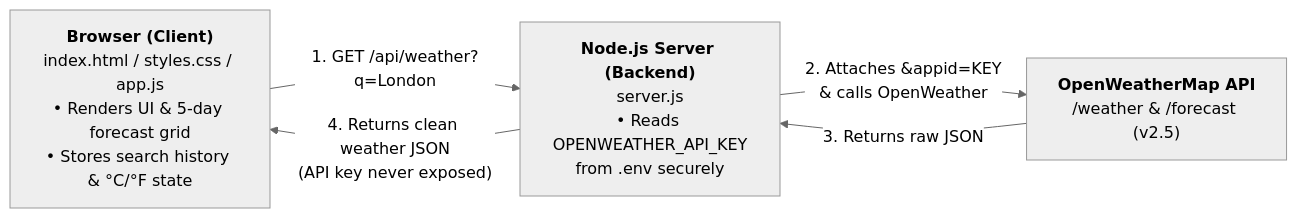
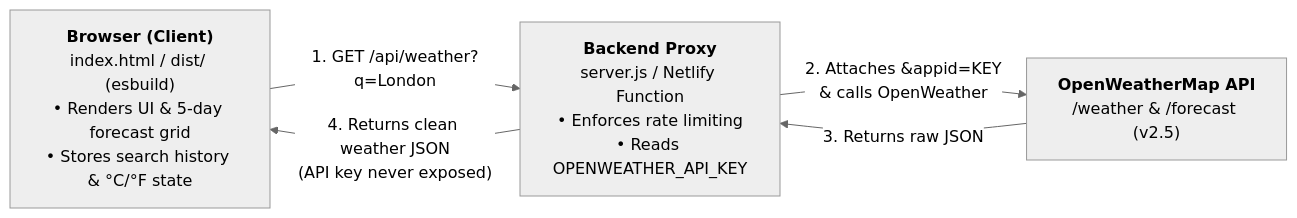
Before and after one commit to cuduco19/weather-app: the diagram in README.md, drawn with Mermaid (neutral theme). The commit also changed other lines of this file and 21 other files, not shown here.

First line of the commit message:
Add esbuild for bundling and minification; implement security checks in server.js

````diff
--- a/README.md
+++ b/README.md
@@ -20,11 +17,11 @@
 ```mermaid
 flowchart LR
-    Browser["<b>Browser (Client)</b><br/>index.html / styles.css / app.js<br/>• Renders UI & 5-day forecast grid<br/>• Stores search history & °C/°F state"]
-    Server["<b>Node.js Server (Backend)</b><br/>server.js<br/>• Reads OPENWEATHER_API_KEY<br/>from .env securely"]
+    Browser["<b>Browser (Client)</b><br/>index.html / dist/ (esbuild)<br/>• Renders UI & 5-day forecast grid<br/>• Stores search history & °C/°F state"]
+    Server["<b>Backend Proxy</b><br/>server.js / Netlify Function<br/>• Enforces rate limiting<br/>• Reads OPENWEATHER_API_KEY"]
     API["<b>OpenWeatherMap API</b><br/>/weather & /forecast (v2.5)"]
 
     Browser -- "1. GET /api/weather?q=London" --> Server
     Server -- "2. Attaches &appid=KEY<br/>& calls OpenWeather" --> API
     API -- "3. Returns raw JSON" --> Server
     Server -- "4. Returns clean weather JSON<br/>(API key never exposed)" --> Browser
 ```
````
